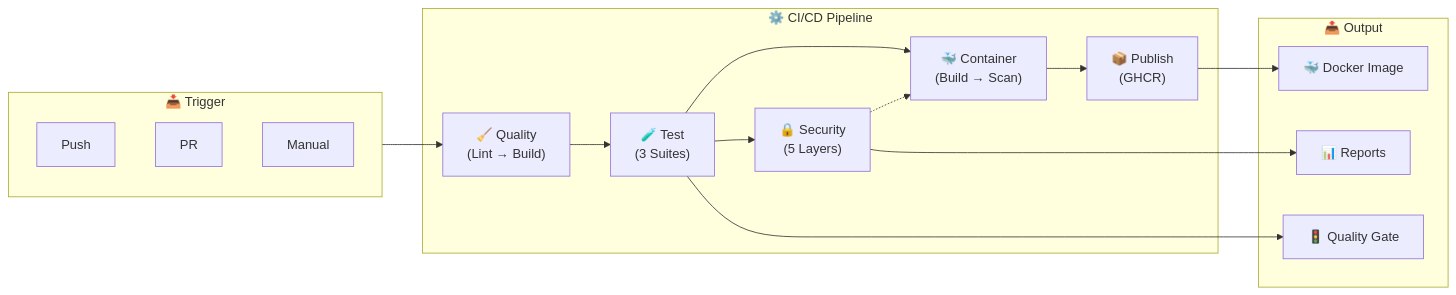
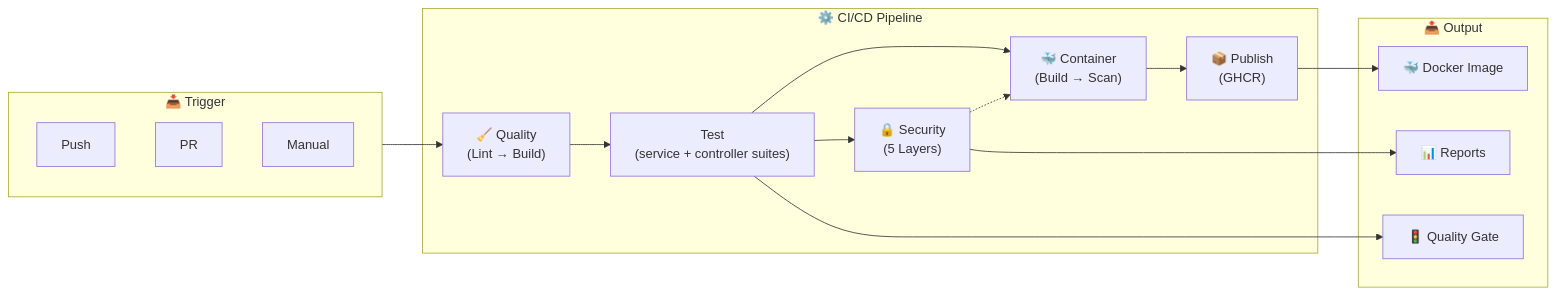
One commit to Ahmed-yasser86/RelationshipIntelligence changed the first of 15 diagrams in README.md. Above: the diagram before and after it, drawn with Mermaid. The commit also changed other lines of this file and 13 other files, not shown here.

````diff
--- a/README.md
+++ b/README.md
@@ -32,29 +32,29 @@
 ```mermaid
 flowchart LR
     subgraph Input["📥 Trigger"]
         Push["Push"]
         PR["PR"]
         Manual["Manual"]
     end
 
     subgraph Pipeline["⚙️ CI/CD Pipeline"]
         Qual["🧹 Quality<br/>(Lint → Build)"]
-        Test["🧪 Test<br/>(3 Suites)"]
+        Test["Test<br/>(service + controller suites)"]
         Sec["🔒 Security<br/>(5 Layers)"]
         Cont["🐳 Container<br/>(Build → Scan)"]
         Pub["📦 Publish<br/>(GHCR)"]
     end
 
     subgraph Output["📤 Output"]
         Image["🐳 Docker Image"]
         Gate["🚦 Quality Gate"]
         Reports["📊 Reports"]
     end
 
     Input --> Qual --> Test --> Cont
     Sec -.-> Cont
     Test --> Sec
     Cont --> Pub --> Image
     Test --> Gate
     Sec --> Reports
 ```
````
